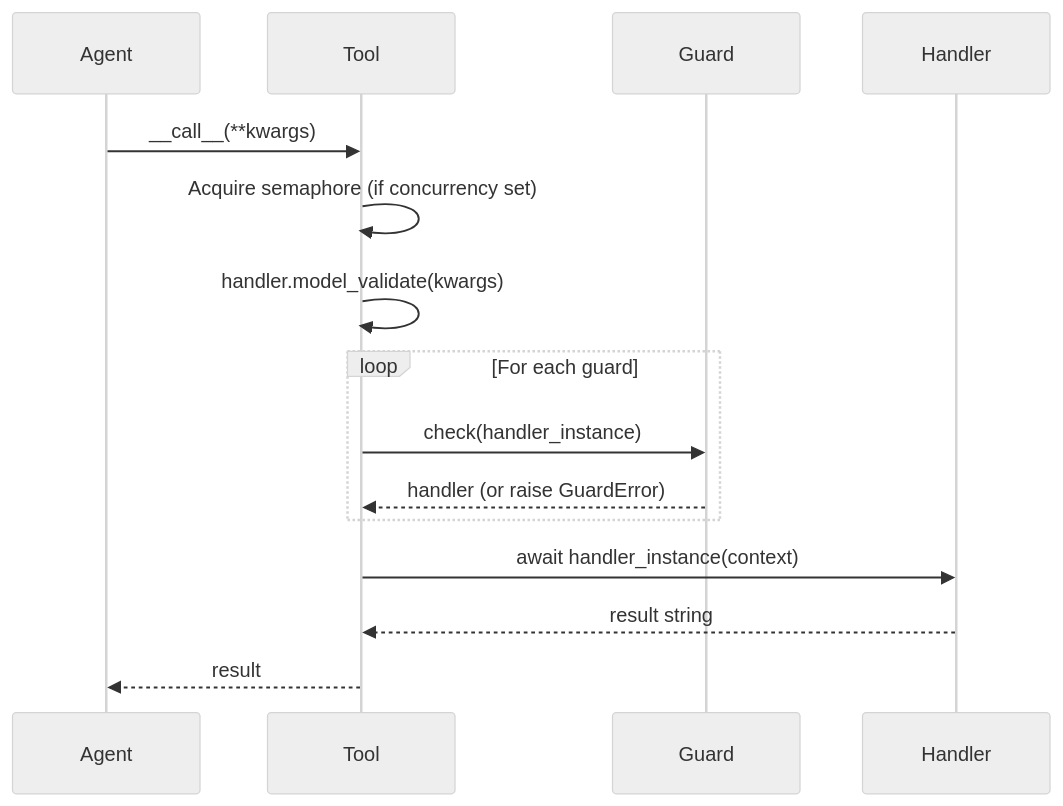
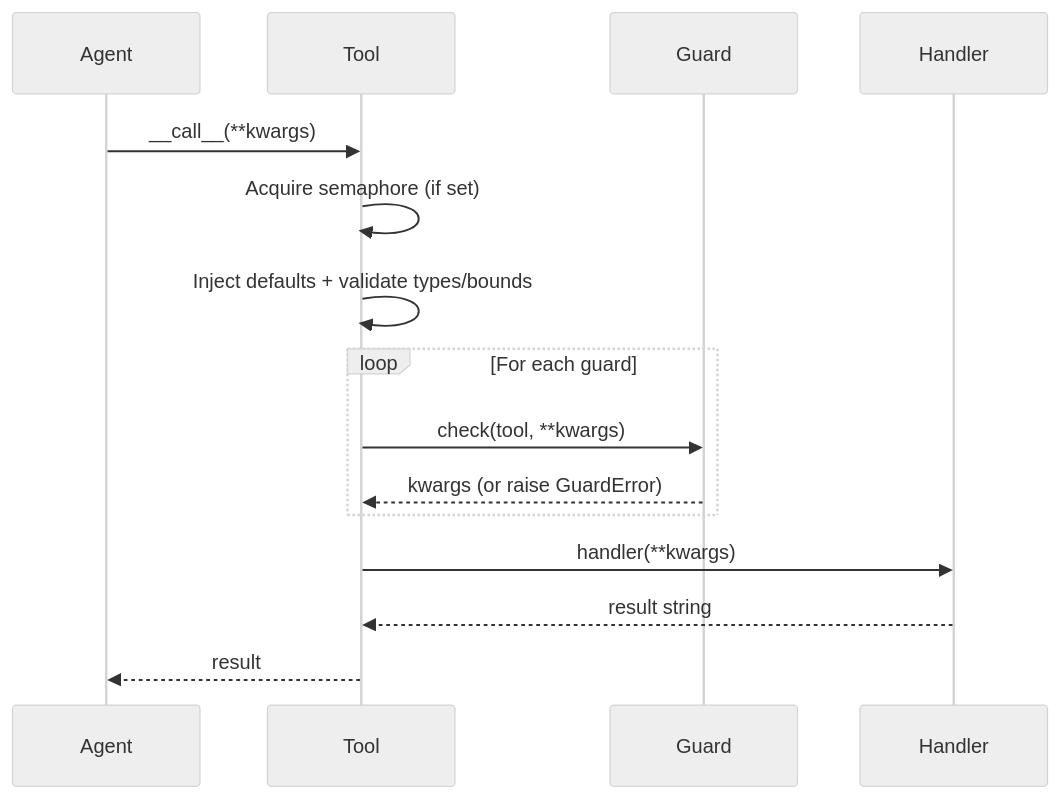
The diagram in docs/concepts/tools.md (axio-agent/monorepo), drawn with Mermaid (neutral theme) before and after one commit. The commit also changed other lines of this file and 165 other files, not shown here.

````diff
--- a/docs/concepts/tools.md
+++ b/docs/concepts/tools.md
@@ -83,18 +144,18 @@
 ```{mermaid}
 sequenceDiagram
     participant Agent
     participant Tool
     participant Guard
     participant Handler
 
     Agent->>Tool: __call__(**kwargs)
-    Tool->>Tool: Acquire semaphore (if concurrency set)
-    Tool->>Tool: handler.model_validate(kwargs)
+    Tool->>Tool: Acquire semaphore (if set)
+    Tool->>Tool: Inject defaults + validate types/bounds
     loop For each guard
-        Tool->>Guard: check(handler_instance)
-        Guard-->>Tool: handler (or raise GuardError)
+        Tool->>Guard: check(tool, **kwargs)
+        Guard-->>Tool: kwargs (or raise GuardError)
     end
-    Tool->>Handler: await handler_instance(context)
+    Tool->>Handler: handler(**kwargs)
     Handler-->>Tool: result string
     Tool-->>Agent: result
 ```
````
